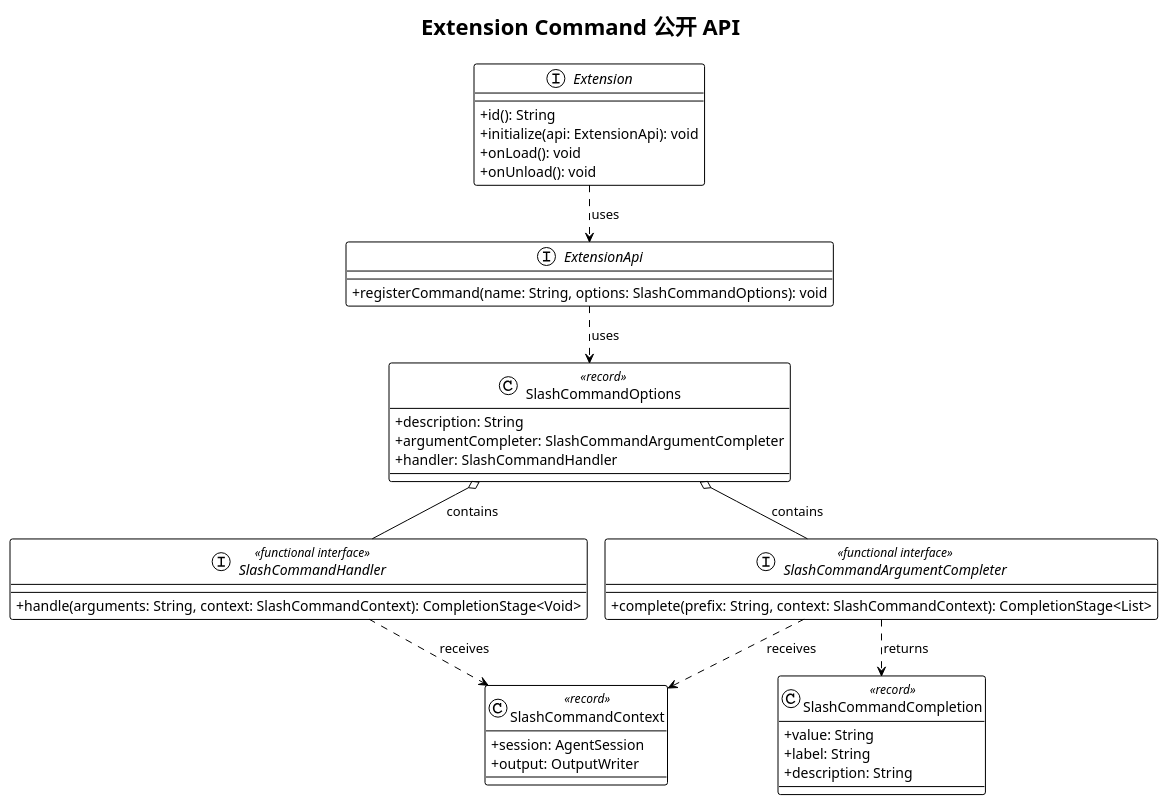
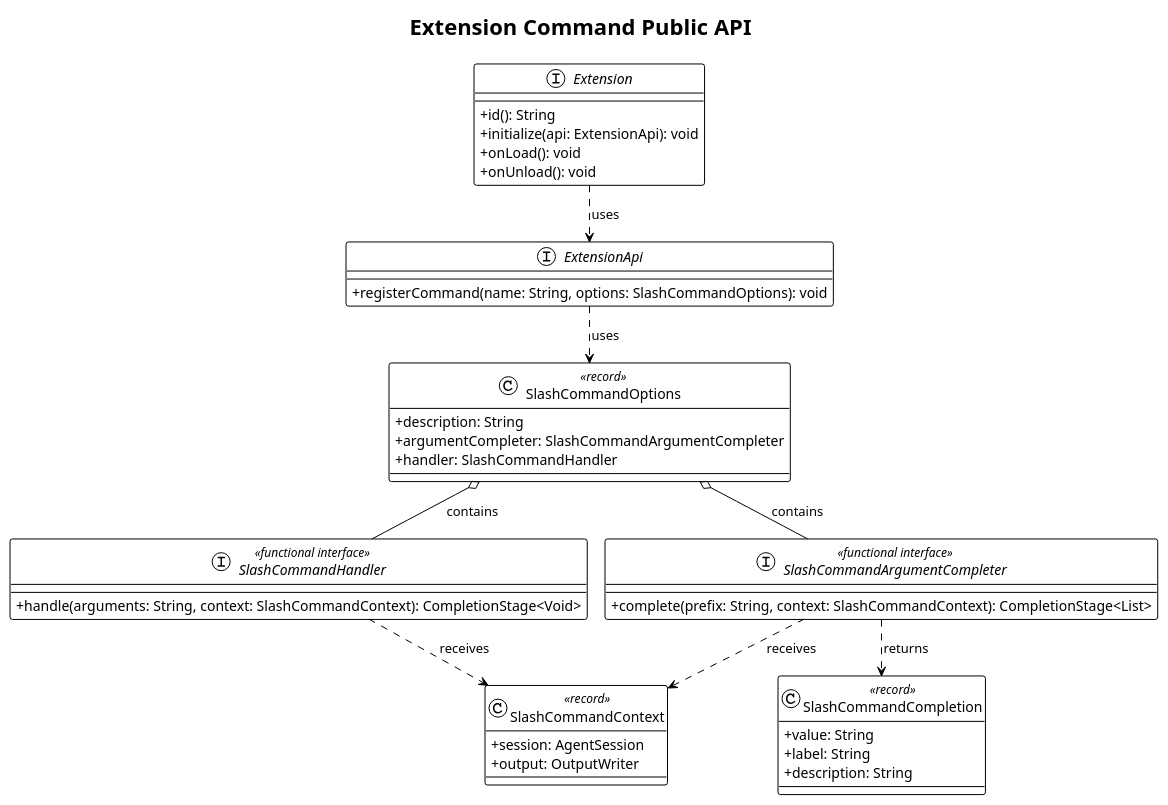
The fourth of 20 diagrams in diagrams/extension-command/diagram.puml (superheromeZzh/pi-mono-java-design), drawn with PlantUML before and after one commit. The commit also changed other lines of this file and 48 other files, not shown here.

Commit message:
docs: require English PlantUML diagrams

```diff
--- a/diagrams/extension-command/diagram.puml
+++ b/diagrams/extension-command/diagram.puml
@@ -129,49 +129,49 @@
 @startuml 04-public-api-class
 ' pi source: packages/coding-agent/src/core/extensions/types.ts:339-378,1097-1107,1179
 ' Design reason: expose only stable developer inputs and keep source ownership inside the host.
 !theme plain
 !pragma layout smetana
-skinparam defaultFontName "PingFang SC"
+skinparam defaultFontName "SansSerif"
 skinparam shadowing false
 skinparam backgroundColor transparent
 skinparam classAttributeIconSize 0
-title Extension Command 公开 API
+title Extension Command Public API
 
 interface Extension {
   + id(): String
   + initialize(api: ExtensionApi): void
   + onLoad(): void
   + onUnload(): void
 }
 interface ExtensionApi {
   + registerCommand(name: String, options: SlashCommandOptions): void
 }
 class SlashCommandOptions <<record>> {
   + description: String
   + argumentCompleter: SlashCommandArgumentCompleter
   + handler: SlashCommandHandler
 }
 interface SlashCommandHandler <<functional interface>> {
   + handle(arguments: String, context: SlashCommandContext): CompletionStage<Void>
 }
 interface SlashCommandArgumentCompleter <<functional interface>> {
   + complete(prefix: String, context: SlashCommandContext): CompletionStage<List>
 }
 class SlashCommandCompletion <<record>> {
   + value: String
   + label: String
   + description: String
 }
 class SlashCommandContext <<record>> {
   + session: AgentSession
   + output: OutputWriter
 }
 
 Extension ..> ExtensionApi : uses
 ExtensionApi ..> SlashCommandOptions : uses
 SlashCommandOptions o-- SlashCommandHandler : contains
 SlashCommandOptions o-- SlashCommandArgumentCompleter : contains
 SlashCommandArgumentCompleter ..> SlashCommandCompletion : returns
 SlashCommandHandler ..> SlashCommandContext : receives
 SlashCommandArgumentCompleter ..> SlashCommandContext : receives
 @enduml
```
